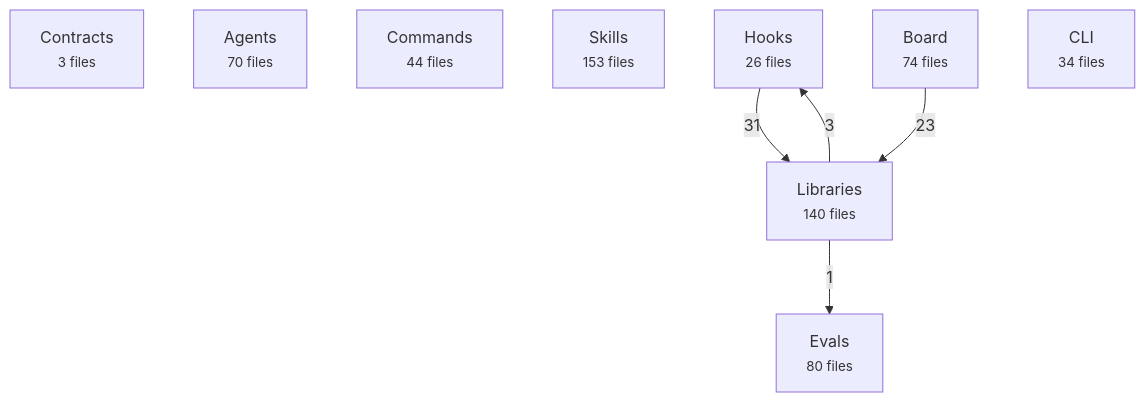
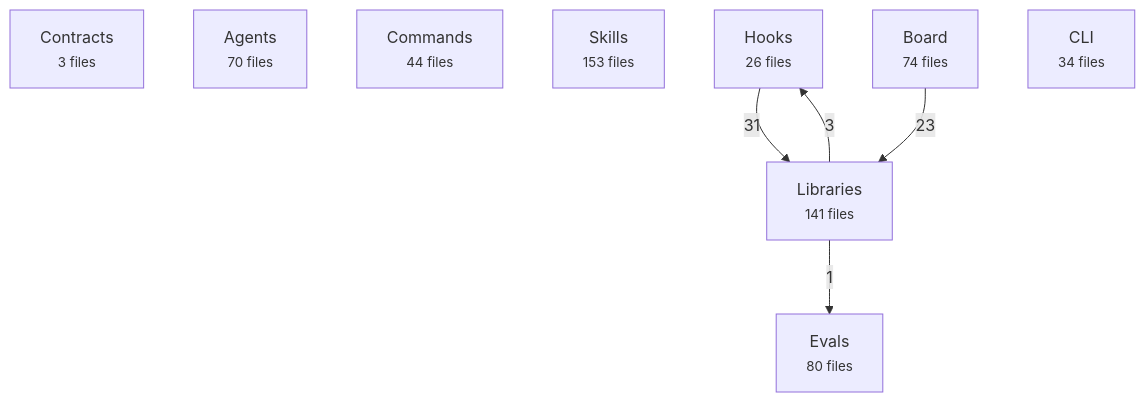
One commit to avelikiy/great_cto changed the first of 2 diagrams in docs/reference/architecture-map.md. Above: the diagram before and after it, drawn with Mermaid. The commit also changed other lines of this file and 6 other files, not shown here.

````diff
--- a/docs/reference/architecture-map.md
+++ b/docs/reference/architecture-map.md
@@ -20,16 +20,16 @@
 ```mermaid
 flowchart TD
   contracts["Contracts<br/><small>3 files</small>"]
   agents["Agents<br/><small>70 files</small>"]
   commands["Commands<br/><small>44 files</small>"]
   skills["Skills<br/><small>153 files</small>"]
   hooks["Hooks<br/><small>26 files</small>"]
-  libs["Libraries<br/><small>140 files</small>"]
+  libs["Libraries<br/><small>141 files</small>"]
   board["Board<br/><small>74 files</small>"]
   cli["CLI<br/><small>34 files</small>"]
   evals["Evals<br/><small>80 files</small>"]
   hooks -->|31| libs
   board -->|23| libs
   libs -->|3| hooks
   libs -->|1| evals
 ```
````
